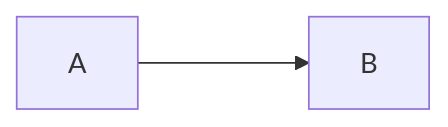
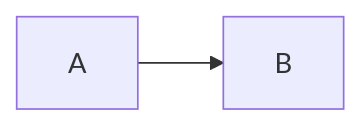
Before and after one commit to yamato97/science: the first of 2 diagrams in thermodynamic_functions.md, drawn with Mermaid. The commit also changed other lines of this file, not shown here.

````diff
--- a/thermodynamic_functions.md
+++ b/thermodynamic_functions.md
@@ -9,4 +5,4 @@
 ```mermaid
 graph LR
-A--->B
+    A-->B
 ```
````
